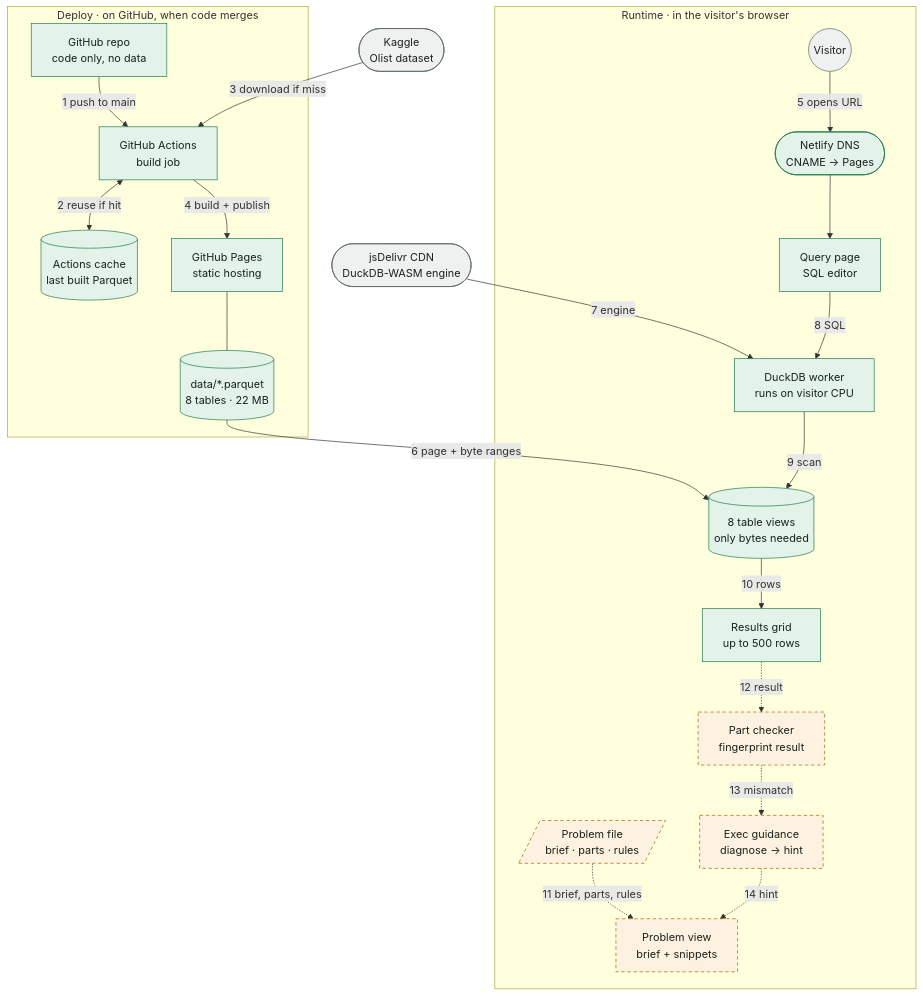
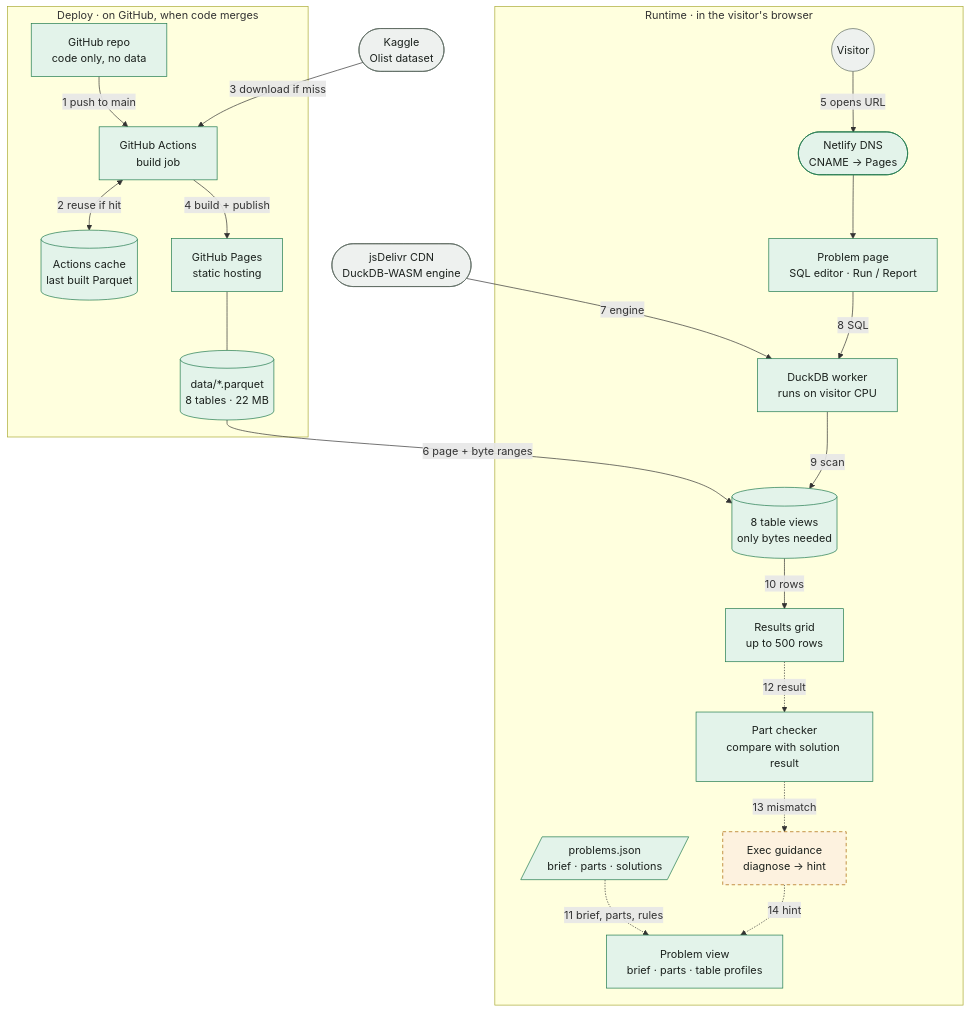
The first of 2 diagrams in README.md (karthikiyer365/sql-business), drawn with Mermaid before and after one commit. The commit also changed other lines of this file and 8 other files, not shown here.

````diff
--- a/README.md
+++ b/README.md
@@ -46,48 +46,48 @@
 ```mermaid
 flowchart TB
     kaggle(["Kaggle<br/>Olist dataset"]):::ext
     jsd(["jsDelivr CDN<br/>DuckDB-WASM engine"]):::ext
 
     subgraph deploy["Deploy · on GitHub, when code merges"]
         repo["GitHub repo<br/>code only, no data"]:::done
         actions["GitHub Actions<br/>build job"]:::done
         cache[("Actions cache<br/>last built Parquet")]:::done
         pages["GitHub Pages<br/>static hosting"]:::done
         parquet[("data/*.parquet<br/>8 tables · 22 MB")]:::done
     end
 
     subgraph runtime["Runtime · in the visitor's browser"]
         visitor((Visitor)):::ext
         dns(["Netlify DNS<br/>CNAME → Pages"]):::done
-        page["Query page<br/>SQL editor"]:::done
+        page["Problem page<br/>SQL editor · Run / Report"]:::done
         worker["DuckDB worker<br/>runs on visitor CPU"]:::done
         views[("8 table views<br/>only bytes needed")]:::done
         grid["Results grid<br/>up to 500 rows"]:::done
-        pfile[/"Problem file<br/>brief · parts · rules"/]:::plan
-        pview["Problem view<br/>brief + snippets"]:::plan
-        checker["Part checker<br/>fingerprint result"]:::plan
+        pfile[/"problems.json<br/>brief · parts · solutions"/]:::done
+        pview["Problem view<br/>brief · parts · table profiles"]:::done
+        checker["Part checker<br/>compare with solution result"]:::done
         guide["Exec guidance<br/>diagnose → hint"]:::plan
     end
 
     repo -- "1 push to main" --> actions
     actions <-- "2 reuse if hit" --> cache
     kaggle -- "3 download if miss" --> actions
     actions -- "4 build + publish" --> pages
     pages --- parquet
 
     visitor -- "5 opens URL" --> dns --> page
     parquet -- "6 page + byte ranges" --> views
     jsd -- "7 engine" --> worker
     page -- "8 SQL" --> worker
     worker -- "9 scan" --> views
     views -- "10 rows" --> grid
 
     pfile -. "11 brief, parts, rules" .-> pview
     grid -. "12 result" .-> checker
     checker -. "13 mismatch" .-> guide
     guide -. "14 hint" .-> pview
 
     classDef done fill:#e3f3ea,stroke:#1f7a4d,color:#1b211d
     classDef plan fill:#fdf2df,stroke:#a86400,stroke-dasharray:5 4,color:#1b211d
     classDef ext fill:#eef1ef,stroke:#5d6a62,color:#1b211d
 ```
````
